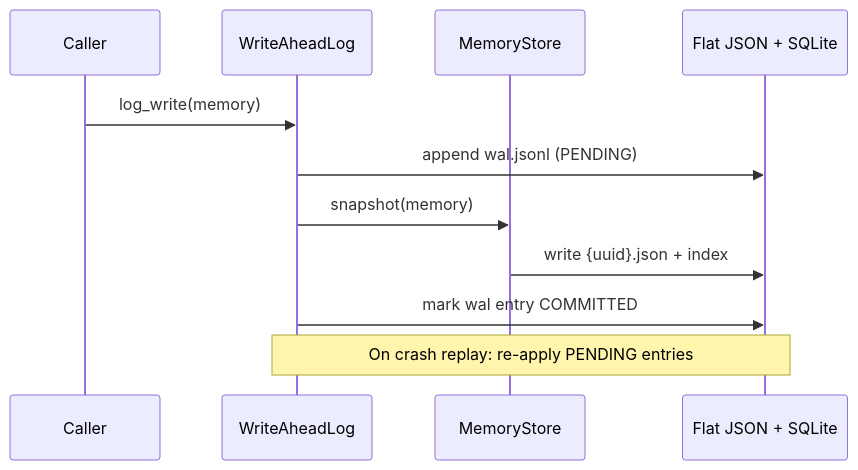
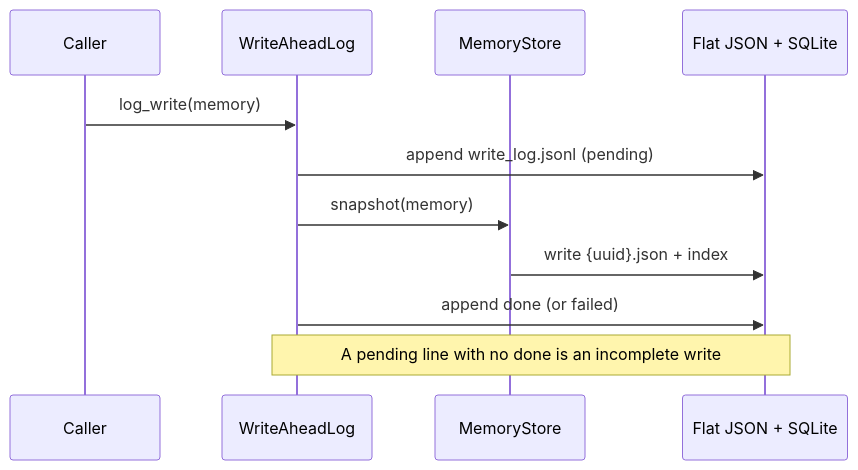
One commit to smilinTux/skmemory changed the second of 13 diagrams in docs/ARCHITECTURE.md. Above: the diagram before and after it, drawn with Mermaid. The commit also changed other lines of this file and 16 other files, not shown here.

First line of the commit message:
docs: truth pass over SKILL.md, README, SOP, ARCHITECTURE and the two-tier stack (SKMEM-P0-09, P5-06, P2-07)

````diff
--- a/docs/ARCHITECTURE.md
+++ b/docs/ARCHITECTURE.md
@@ -348,14 +309,14 @@
 ```mermaid
 sequenceDiagram
     participant C as Caller
     participant WAL as WriteAheadLog
     participant MS as MemoryStore
     participant FS as Flat JSON + SQLite
 
     C->>WAL: log_write(memory)
-    WAL->>FS: append wal.jsonl (PENDING)
+    WAL->>FS: append write_log.jsonl (pending)
     WAL->>MS: snapshot(memory)
     MS->>FS: write {uuid}.json + index
-    WAL->>FS: mark wal entry COMMITTED
-    Note over WAL,FS: On crash replay: re-apply PENDING entries
+    WAL->>FS: append done (or failed)
+    Note over WAL,FS: A pending line with no done is an incomplete write
 ```
````
